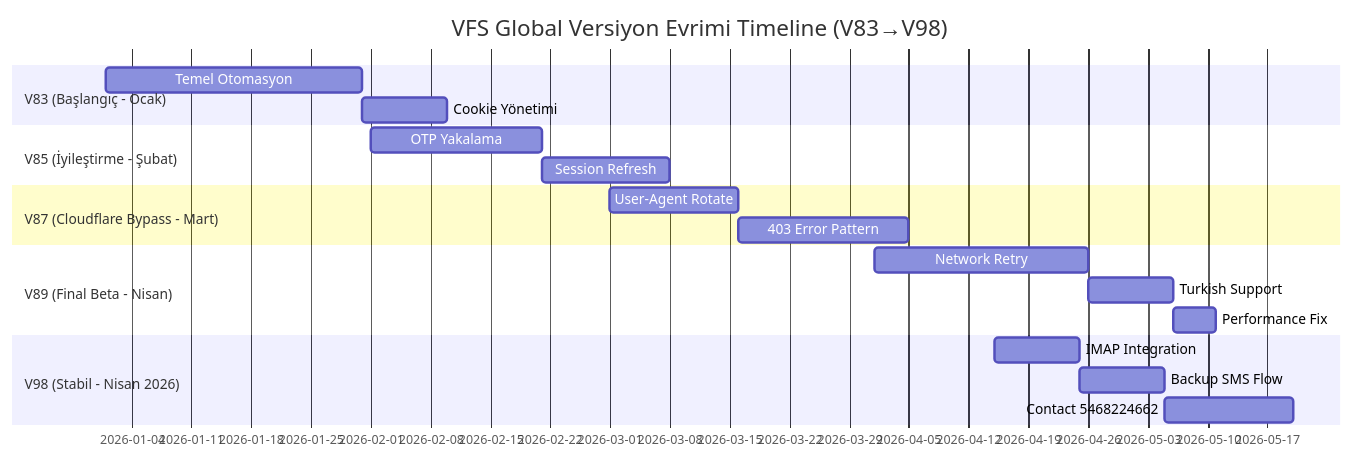
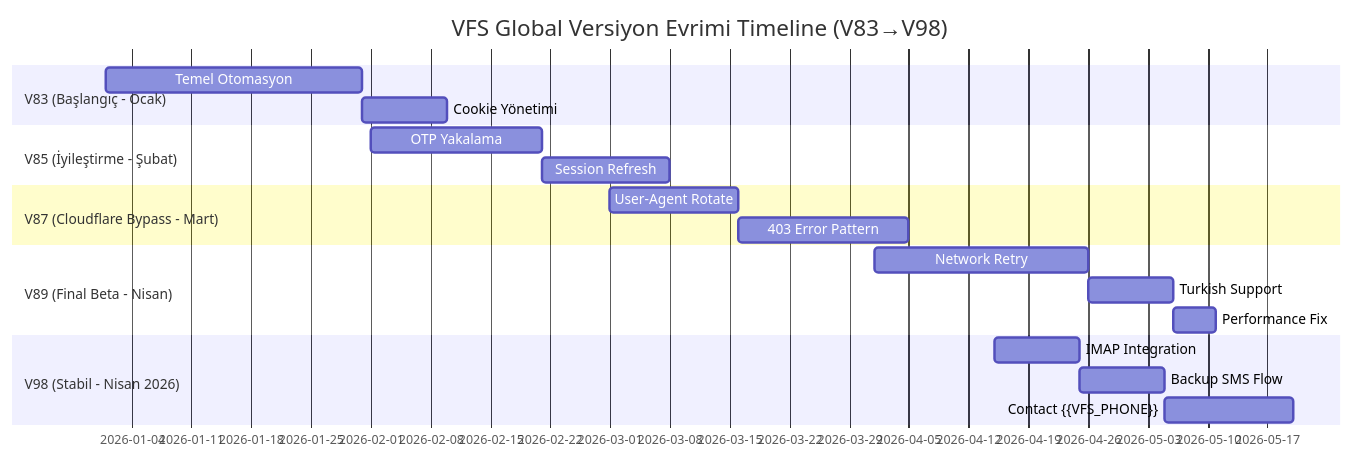
Before and after one commit to kodabi-ai/vfs-bot: the fourth of 5 diagrams in .a0proj/knowledge/vfs-automation-v83-v98-detailed.md, drawn with Mermaid. The commit also changed other lines of this file and 62 other files, not shown here.

````diff
--- a/.a0proj/knowledge/vfs-automation-v83-v98-detailed.md
+++ b/.a0proj/knowledge/vfs-automation-v83-v98-detailed.md
@@ -115,22 +115,22 @@
 ```mermaid
 gantt
     title VFS Global Versiyon Evrimi Timeline (V83→V98)
     dateFormat YYYY-MM-DD
     section V83 (Başlangıç - Ocak)
     Temel Otomasyon     :a1, 2026-01-01, 30d
     Cookie Yönetimi     :a2, after a1, 10d
     section V85 (İyileştirme - Şubat)
     OTP Yakalama       :a3, 2026-02-01, 20d
     Session Refresh    :a4, after a3, 15d
     section V87 (Cloudflare Bypass - Mart)
     User-Agent Rotate  :a5, 2026-03-01, 15d
     403 Error Pattern  :a6, after a5, 20d
     section V89 (Final Beta - Nisan)
     Network Retry      :a7, 2026-04-01, 25d
     Turkish Support    :a8, after a7, 10d
     Performance Fix    :a9, after a8, 5d
     section V98 (Stabil - Nisan 2026)
     IMAP Integration   :a10, 2026-04-15, 10d
     Backup SMS Flow    :a11, after a10, 10d
-    Contact 5468224662 :a12, after a11, 15d
+    Contact {{VFS_PHONE}} :a12, after a11, 15d
 ```
````
